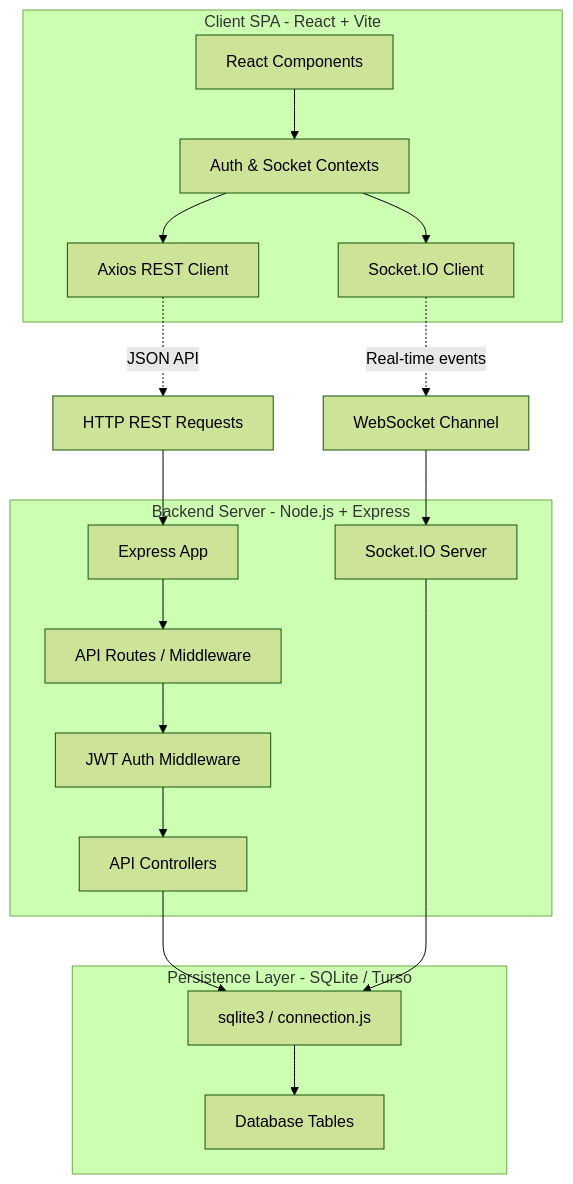
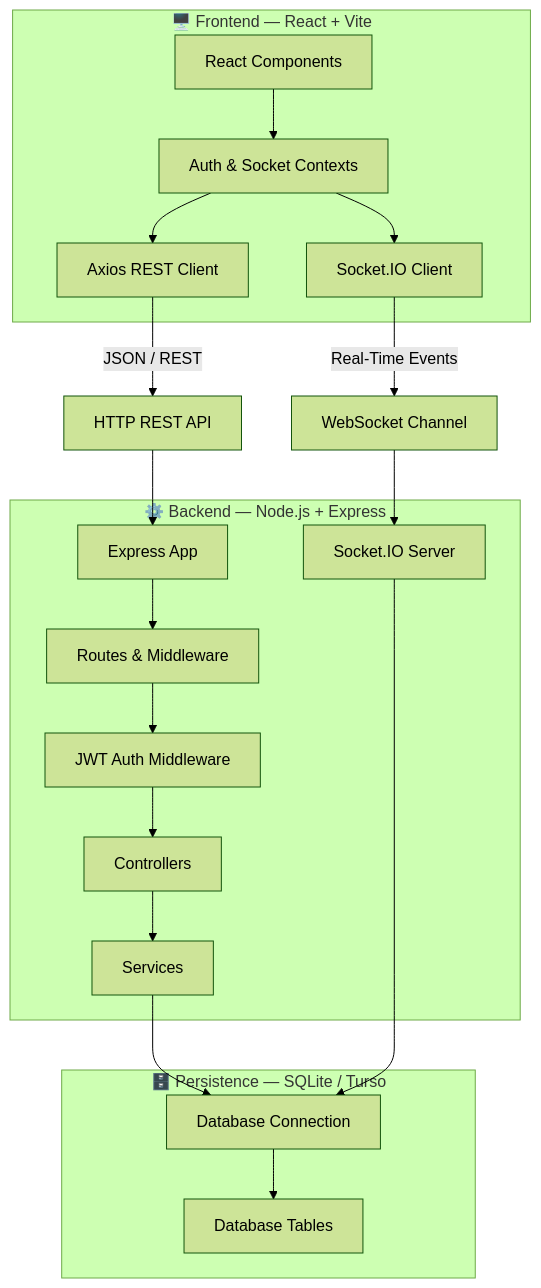
The diagram in README.md (mihirgupta665/NEXA-WHISPERS), drawn with Mermaid (forest theme) before and after one commit. The commit also changed other lines of this file, not shown here.

````diff
--- a/README.md
+++ b/README.md
@@ -11,48 +313,46 @@
 ```mermaid
 graph TD
-    %% Frontend Layer %%
-    subgraph Frontend [Client SPA - React + Vite]
-        ReactApp[React Components]
-        Contexts[Auth & Socket Contexts]
-        SocketClient[Socket.IO Client]
-        AxiosClient[Axios REST Client]
+
+    subgraph Frontend["🖥️ Frontend — React + Vite"]
+        React["React Components"]
+        Context["Auth & Socket Contexts"]
+        Axios["Axios REST Client"]
+        Socket["Socket.IO Client"]
     end
 
-    %% Network Boundary %%
-    REST_API[HTTP REST Requests]
-    WS_CONN[WebSocket Channel]
+    REST["HTTP REST API"]
+    WS["WebSocket Channel"]
 
-    %% Backend Layer %%
-    subgraph Backend [Backend Server - Node.js + Express]
-        Express[Express App]
-        Routes[API Routes / Middleware]
-        Controllers[API Controllers]
-        SocketServer[Socket.IO Server]
-        AuthMD[JWT Auth Middleware]
+    subgraph Backend["⚙️ Backend — Node.js + Express"]
+        Express["Express App"]
+        Routes["Routes & Middleware"]
+        Auth["JWT Auth Middleware"]
+        Controllers["Controllers"]
+        Services["Services"]
+        SocketServer["Socket.IO Server"]
     end
 
-    %% Data Layer %%
-    subgraph Database [Persistence Layer - SQLite / Turso]
-        DBConnection[sqlite3 / connection.js]
-        DBSchema[Database Tables]
+    subgraph Database["🗄️ Persistence — SQLite / Turso"]
+        Connection["Database Connection"]
+        Tables["Database Tables"]
     end
 
-    %% Connections %%
-    ReactApp --> Contexts
-    Contexts --> AxiosClient
-    Contexts --> SocketClient
+    React --> Context
+    Context --> Axios
+    Context --> Socket
 
-    AxiosClient -.->|JSON API| REST_API
-    SocketClient -.->|Real-time events| WS_CONN
+    Axios -->|JSON / REST| REST
+    Socket -->|Real-Time Events| WS
 
-    REST_API --> Express
-    WS_CONN --> SocketServer
+    REST --> Express
+    WS --> SocketServer
 
     Express --> Routes
-    Routes --> AuthMD
-    AuthMD --> Controllers
-    Controllers --> DBConnection
-    SocketServer --> DBConnection
+    Routes --> Auth
+    Auth --> Controllers
+    Controllers --> Services
 
-    DBConnection --> DBSchema
+    Services --> Connection
+    SocketServer --> Connection
+    Connection --> Tables
 ```
````
